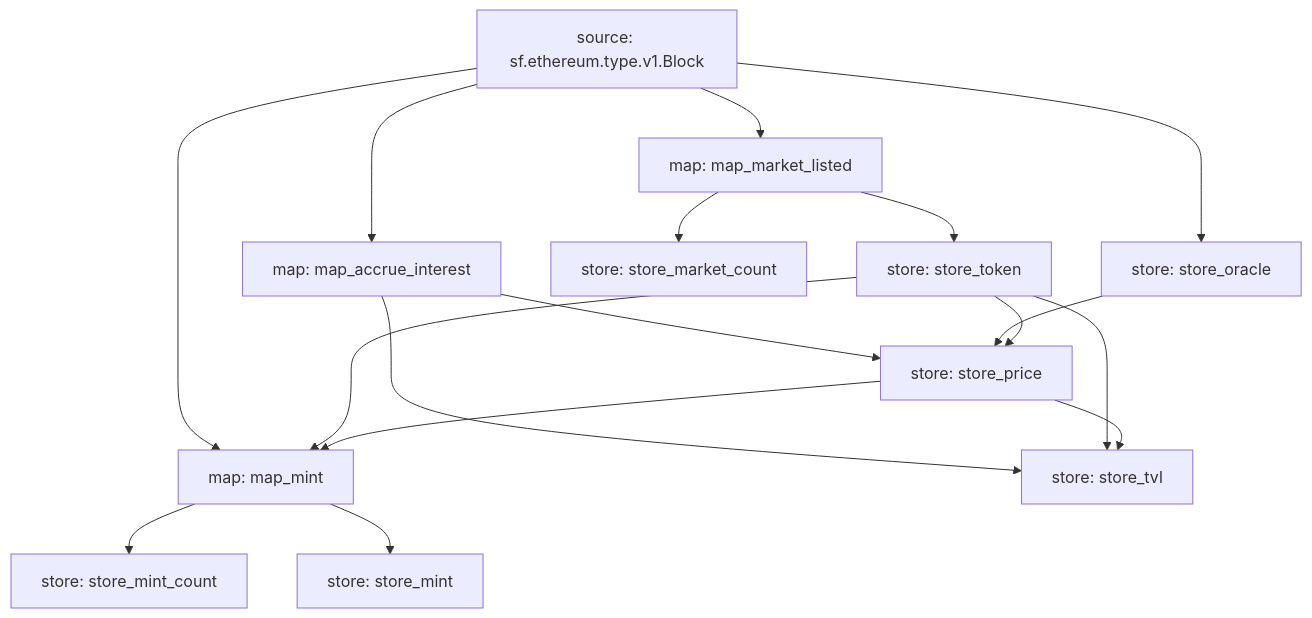
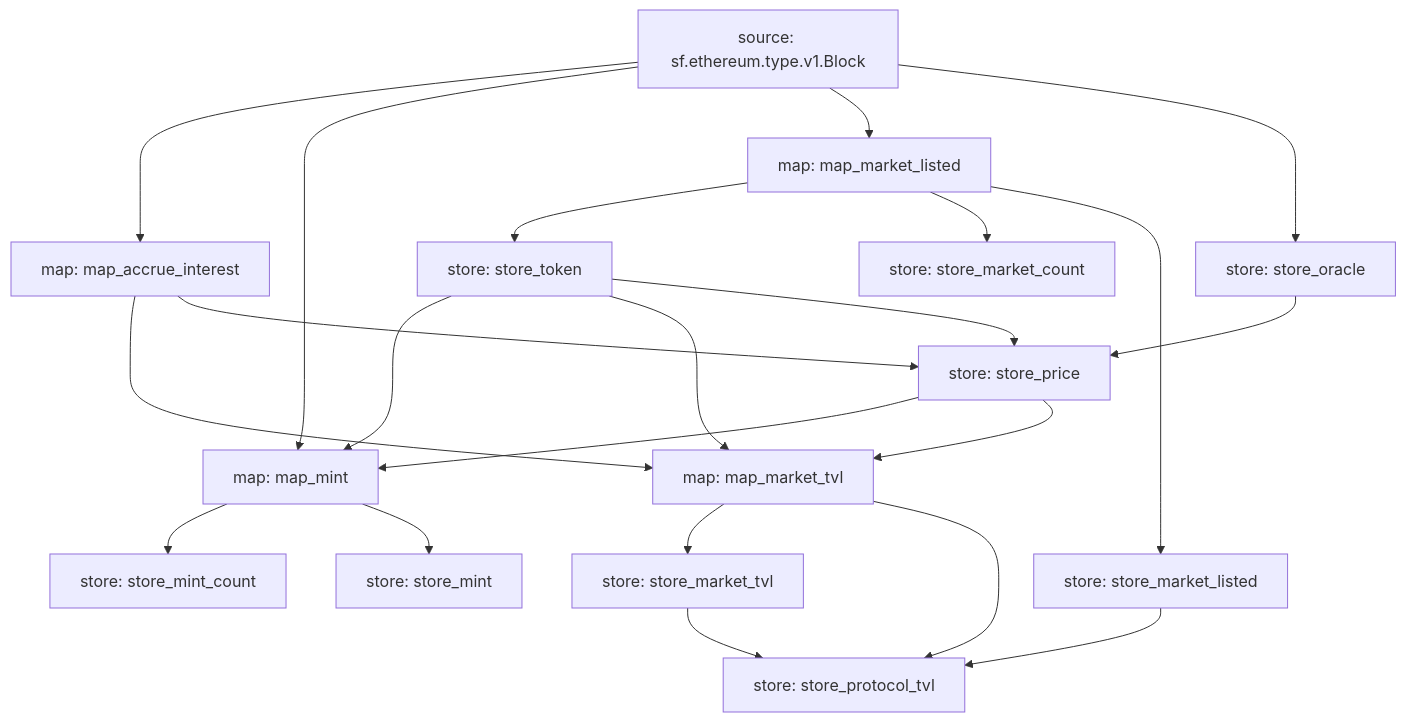
Before and after one commit to 0xbe1/compoundv2-substreams: the diagram in README.md, drawn with Mermaid.

Commit message:
update graph

````diff
--- a/README.md
+++ b/README.md
@@ -7,29 +7,37 @@
 ```mermaid
 graph TD;
   map_accrue_interest[map: map_accrue_interest]
   sf.ethereum.type.v1.Block[source: sf.ethereum.type.v1.Block] --> map_accrue_interest
   map_mint[map: map_mint]
   sf.ethereum.type.v1.Block[source: sf.ethereum.type.v1.Block] --> map_mint
   store_token --> map_mint
   store_price --> map_mint
   map_market_listed[map: map_market_listed]
   sf.ethereum.type.v1.Block[source: sf.ethereum.type.v1.Block] --> map_market_listed
+  map_market_tvl[map: map_market_tvl]
+  map_accrue_interest --> map_market_tvl
+  store_token --> map_market_tvl
+  store_price --> map_market_tvl
   store_token[store: store_token]
   map_market_listed --> store_token
   store_market_count[store: store_market_count]
   map_market_listed --> store_market_count
   store_mint_count[store: store_mint_count]
   map_mint --> store_mint_count
   store_oracle[store: store_oracle]
   sf.ethereum.type.v1.Block[source: sf.ethereum.type.v1.Block] --> store_oracle
   store_price[store: store_price]
   map_accrue_interest --> store_price
   store_oracle --> store_price
   store_token --> store_price
-  store_tvl[store: store_tvl]
-  map_accrue_interest --> store_tvl
-  store_token --> store_tvl
-  store_price --> store_tvl
+  store_market_listed[store: store_market_listed]
+  map_market_listed --> store_market_listed
   store_mint[store: store_mint]
   map_mint --> store_mint
+  store_market_tvl[store: store_market_tvl]
+  map_market_tvl --> store_market_tvl
+  store_protocol_tvl[store: store_protocol_tvl]
+  map_market_tvl --> store_protocol_tvl
+  store_market_listed --> store_protocol_tvl
+  store_market_tvl --> store_protocol_tvl
 ```
````
